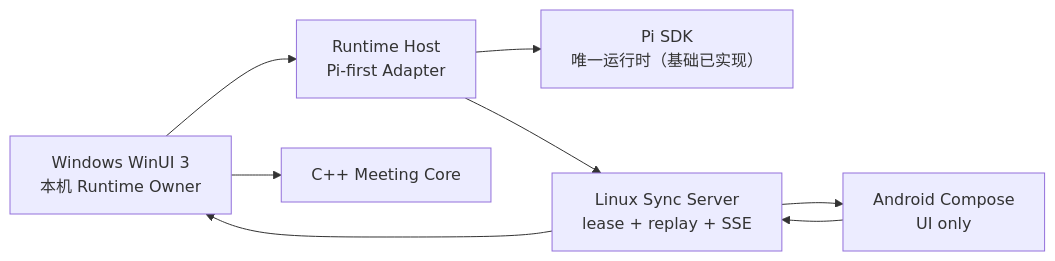
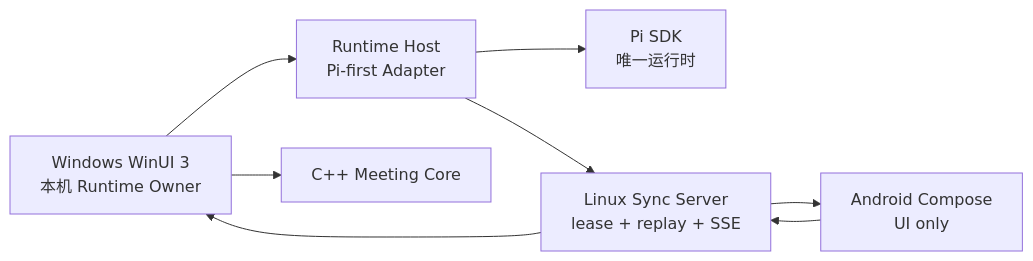
The diagram in README.md (ShizkMoon/pi-roundtable), drawn with Mermaid before and after one commit. The commit also changed other lines of this file and 86 other files, not shown here.

````diff
--- a/README.md
+++ b/README.md
@@ -20,10 +20,10 @@
 ```mermaid
 flowchart LR
     W["Windows WinUI 3<br/>本机 Runtime Owner"] --> H["Runtime Host<br/>Pi-first Adapter"]
-    H --> P["Pi SDK<br/>唯一运行时（基础已实现）"]
+    H --> P["Pi SDK<br/>唯一运行时"]
     W --> C["C++ Meeting Core"]
     H --> S["Linux Sync Server<br/>lease + replay + SSE"]
     A["Android Compose<br/>UI only"] --> S
     S --> A
     S --> W
 ```
````
